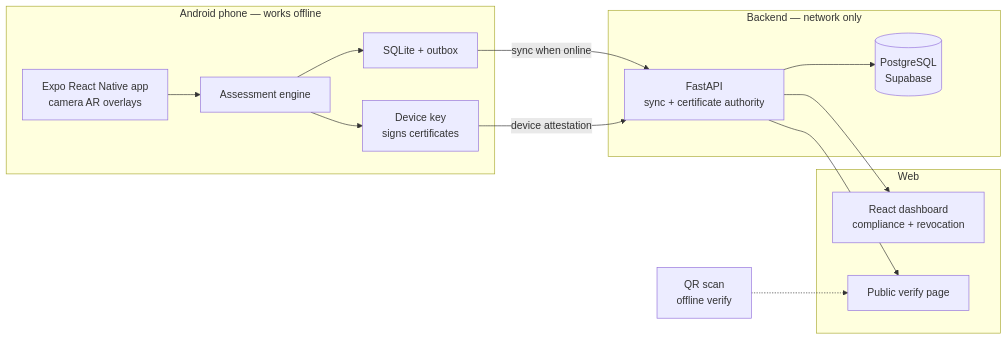
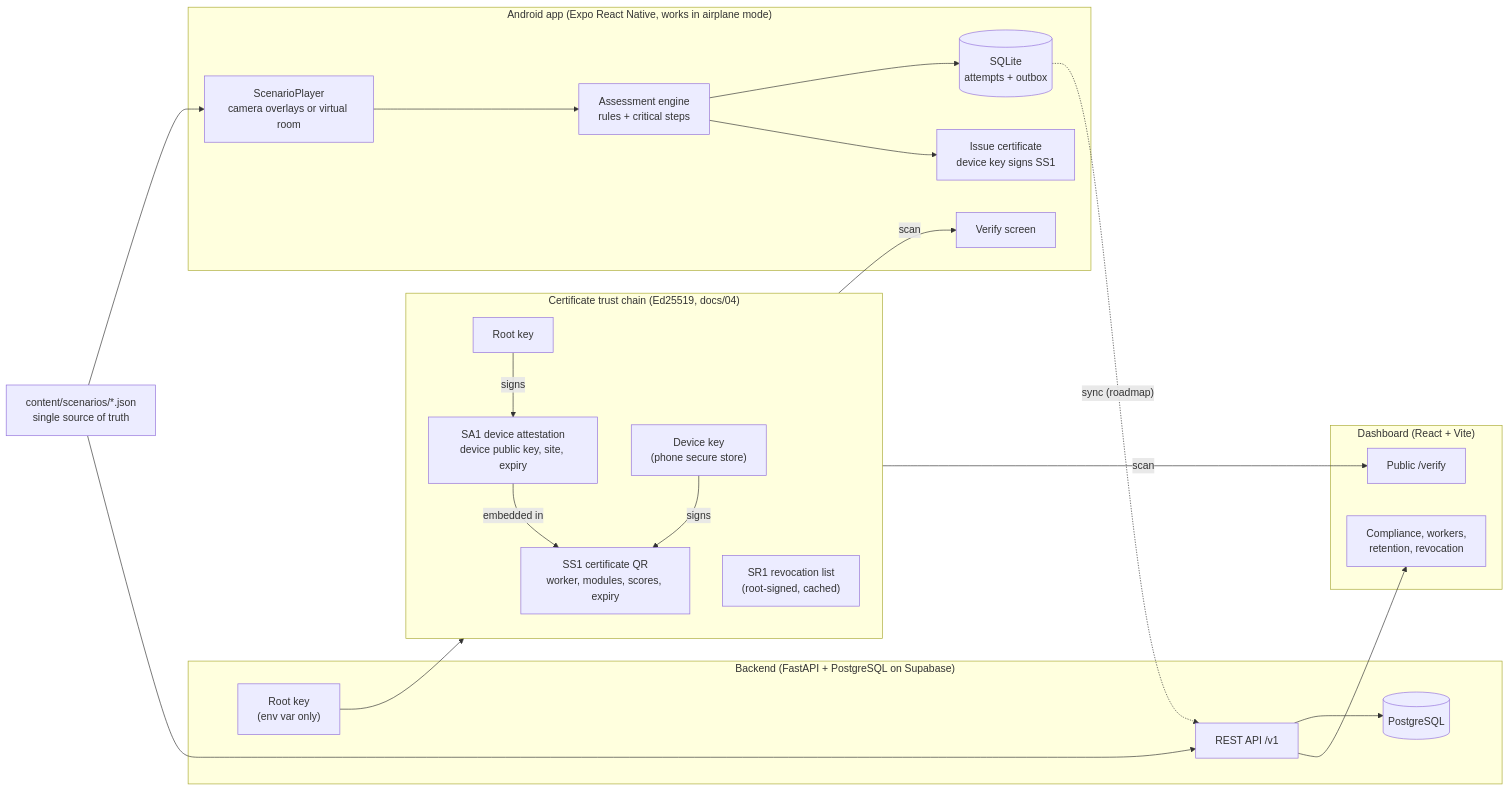
The diagram in README.md (buildwithpriince/suraksha-saathi), drawn with Mermaid before and after one commit. The commit also changed other lines of this file and 2 other files, not shown here.

````diff
--- a/README.md
+++ b/README.md
@@ -52,28 +61,32 @@
 ```mermaid
 flowchart LR
-    subgraph Phone["Android phone — works offline"]
-        A["Expo React Native app<br/>camera AR overlays"]
-        B["Assessment engine"]
-        C["SQLite + outbox"]
-        D["Device key<br/>signs certificates"]
-        A --> B --> C
-        B --> D
-    end
+  subgraph Phone["Android app (Expo React Native, works in airplane mode)"]
+    Player["ScenarioPlayer<br/>camera overlays or virtual room"] --> Engine["Assessment engine<br/>rules + critical steps"]
+    Engine --> DB[("SQLite<br/>attempts + outbox")]
+    Engine --> Issue["Issue certificate<br/>device key signs SS1"]
+    Verify["Verify screen"]
+  end
+  subgraph Server["Backend (FastAPI + PostgreSQL on Supabase)"]
+    API["REST API /v1"] --> PG[("PostgreSQL")]
+    Root["Root key<br/>(env var only)"]
+  end
+  subgraph Web["Dashboard (React + Vite)"]
+    Dash["Compliance, workers,<br/>retention, revocation"]
+    WebVerify["Public /verify"]
+  end
+  Content["content/scenarios/*.json<br/>single source of truth"] --> Player
+  Content --> API
+  DB -. "sync (roadmap)" .-> API
+  API --> Dash
 
-    subgraph Server["Backend — network only"]
-        E["FastAPI<br/>sync + certificate authority"]
-        F[("PostgreSQL<br/>Supabase")]
-        E --> F
-    end
-
-    subgraph Web["Web"]
-        G["React dashboard<br/>compliance + revocation"]
-        H["Public verify page"]
-    end
-
-    C -- "sync when online" --> E
-    D -- "device attestation" --> E
-    E --> G
-    E --> H
-    Scan["QR scan<br/>offline verify"] -.-> H
+  subgraph Chain["Certificate trust chain (Ed25519, docs/04)"]
+    direction TB
+    R["Root key"] -- "signs" --> A["SA1 device attestation<br/>device public key, site, expiry"]
+    A -- "embedded in" --> C["SS1 certificate QR<br/>worker, modules, scores, expiry"]
+    D["Device key<br/>(phone secure store)"] -- "signs" --> C
+    RL["SR1 revocation list<br/>(root-signed, cached)"]
+  end
+  Root --> R
+  C -- "scan" --> Verify
+  C -- "scan" --> WebVerify
 ```
````
